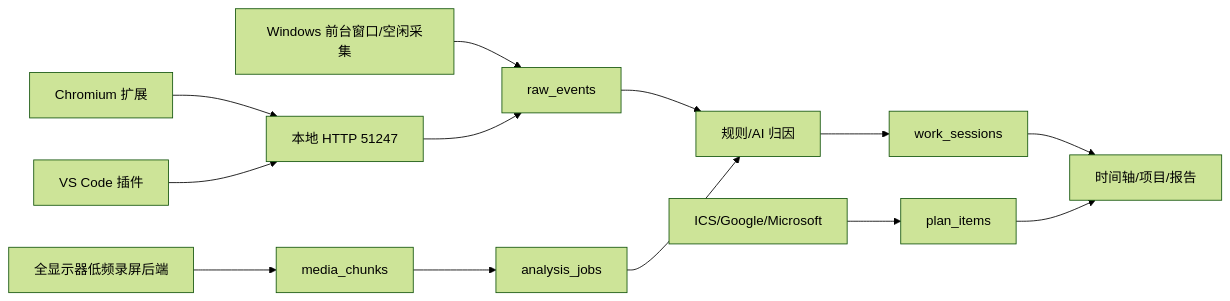
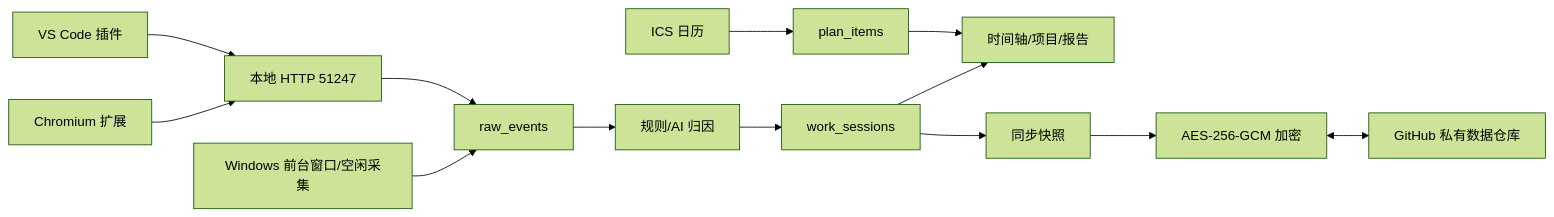
Before and after one commit to ShallowForeverDream/ScreenUse: the diagram in docs/ARCHITECTURE.md, drawn with Mermaid (forest theme). The commit also changed other lines of this file and 12 other files, not shown here.

Commit message:
feat: add encrypted GitHub sync and refine desktop UX

````diff
--- a/docs/ARCHITECTURE.md
+++ b/docs/ARCHITECTURE.md
@@ -5,15 +5,15 @@
 ```mermaid
 flowchart LR
   W[Windows 前台窗口/空闲采集] --> R[raw_events]
   B[Chromium 扩展] --> H[本地 HTTP 51247]
   V[VS Code 插件] --> H
   H --> R
-  M[全显示器低频录屏后端] --> C[media_chunks]
-  C --> Q[analysis_jobs]
   R --> A[规则/AI 归因]
-  Q --> A
   A --> S[work_sessions]
-  D[ICS/Google/Microsoft] --> P[plan_items]
+  D[ICS 日历] --> P[plan_items]
   S --> UI[时间轴/项目/报告]
   P --> UI
+  S --> X[同步快照]
+  X --> E[AES-256-GCM 加密]
+  E <--> G[GitHub 私有数据仓库]
 ```
````
